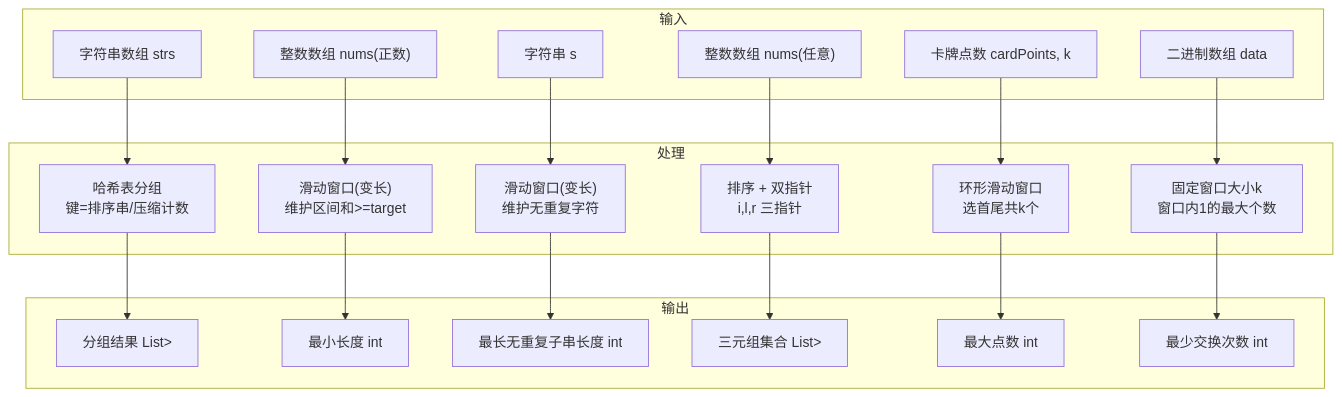
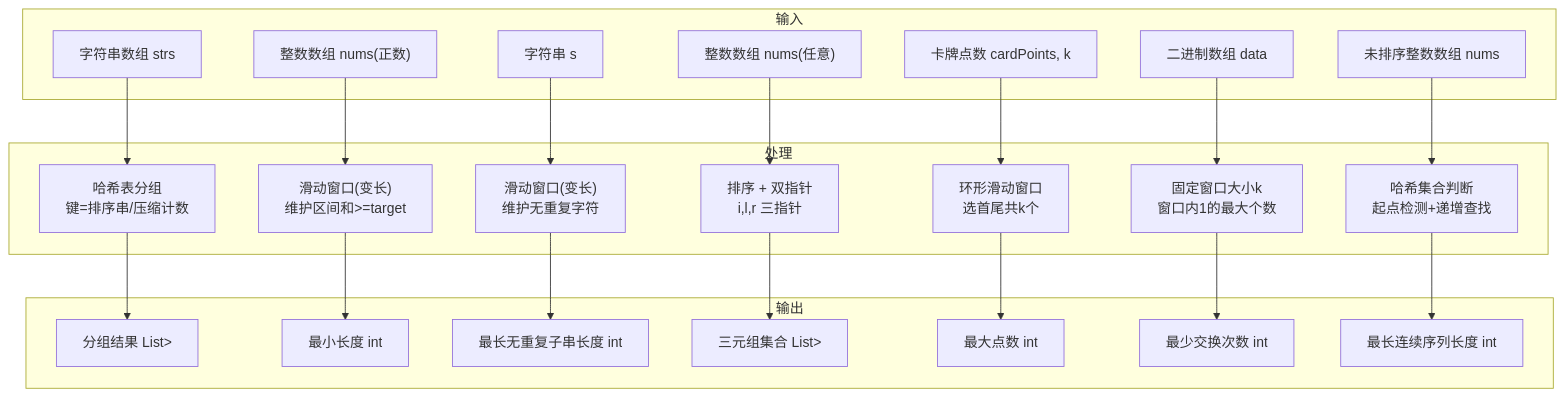
One commit to clq716/leetcode changed the second of 11 diagrams in .qoder/repowiki/zh/content/Hot100热门题解/中等题解/中等题解.md. Above: the diagram before and after it, drawn with Mermaid. The commit also changed other lines of this file and 17 other files, not shown here.

````diff
--- a/.qoder/repowiki/zh/content/Hot100热门题解/中等题解/中等题解.md
+++ b/.qoder/repowiki/zh/content/Hot100热门题解/中等题解/中等题解.md
@@ -96,33 +110,37 @@
 ```mermaid
 graph TB
 subgraph "输入"
 S1["字符串数组 strs"]
 S2["整数数组 nums(正数)"]
 S3["字符串 s"]
 S4["整数数组 nums(任意)"]
 S5["卡牌点数 cardPoints, k"]
 S6["二进制数组 data"]
+S7["未排序整数数组 nums"]
 end
 subgraph "处理"
 H1["哈希表分组<br/>键=排序串/压缩计数"]
 W1["滑动窗口(变长)<br/>维护区间和>=target"]
 W2["滑动窗口(变长)<br/>维护无重复字符"]
 P2["排序 + 双指针<br/>i,l,r 三指针"]
 W3["环形滑动窗口<br/>选首尾共k个"]
 W4["固定窗口大小k<br/>窗口内1的最大个数"]
+H2["哈希集合判断<br/>起点检测+递增查找"]
 end
 subgraph "输出"
 O1["分组结果 List<List<String>>"]
 O2["最小长度 int"]
 O3["最长无重复子串长度 int"]
 O4["三元组集合 List<List<Integer>>"]
 O5["最大点数 int"]
 O6["最少交换次数 int"]
+O7["最长连续序列长度 int"]
 end
 S1 --> H1 --> O1
 S2 --> W1 --> O2
 S3 --> W2 --> O3
 S4 --> P2 --> O4
 S5 --> W3 --> O5
 S6 --> W4 --> O6
+S7 --> H2 --> O7
 ```
````
